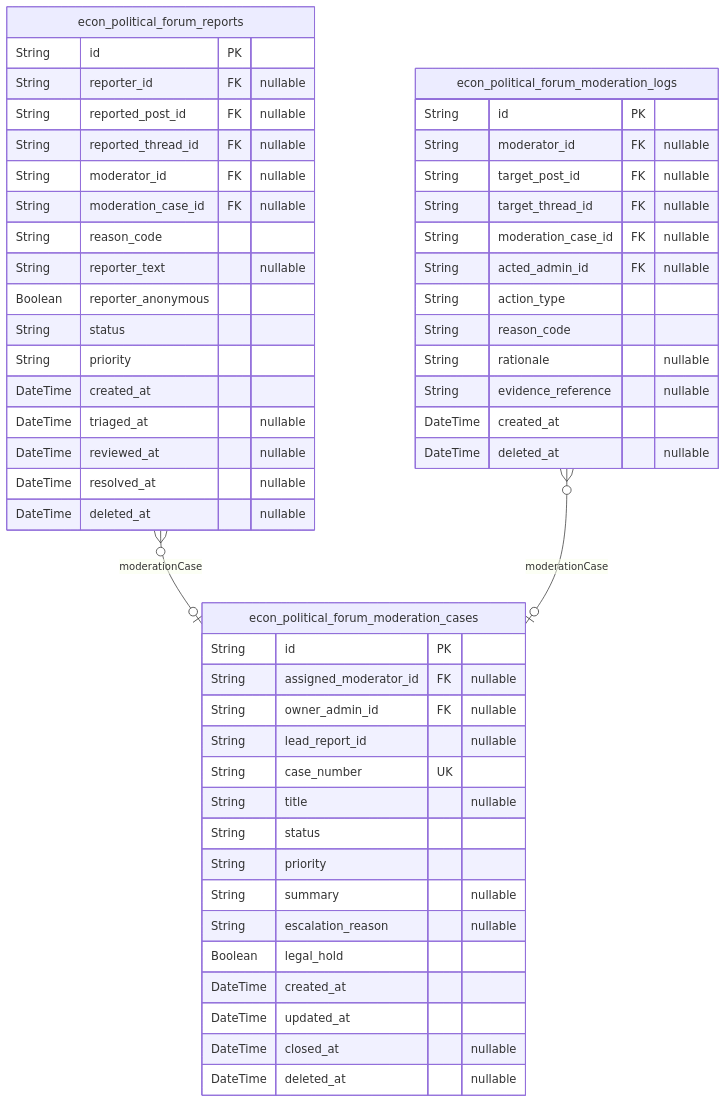
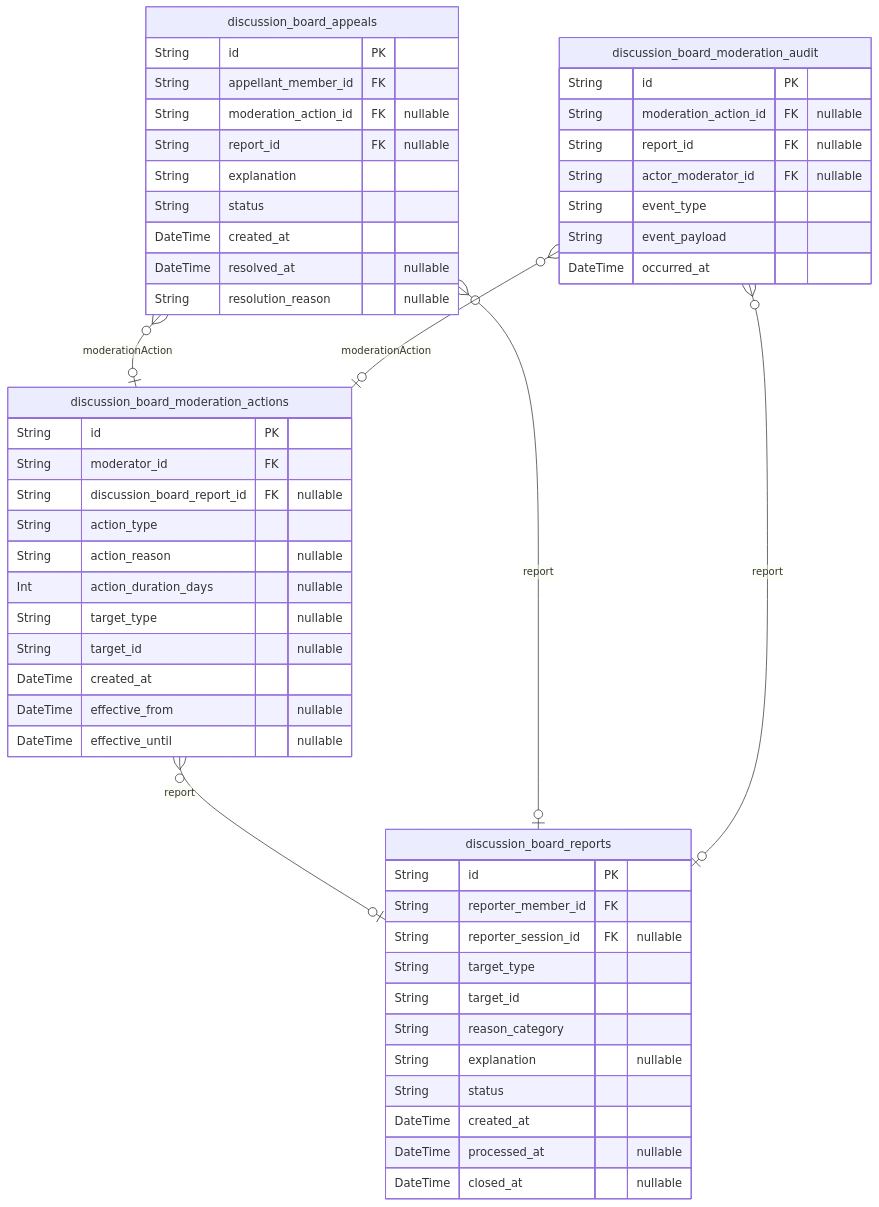
The fifth of 7 diagrams in openai/gpt-5-mini/bbs/docs/ERD.md (wrtnlabs/autobe-examples), drawn with Mermaid before and after one commit. The commit also changed other lines of this file and 16146 other files, not shown here.

````diff
--- a/openai/gpt-5-mini/bbs/docs/ERD.md
+++ b/openai/gpt-5-mini/bbs/docs/ERD.md
@@ -620,54 +578,54 @@
 ```mermaid
 erDiagram
-"econ_political_forum_reports" {
+"discussion_board_reports" {
   String id PK
-  String reporter_id FK "nullable"
-  String reported_post_id FK "nullable"
-  String reported_thread_id FK "nullable"
-  String moderator_id FK "nullable"
-  String moderation_case_id FK "nullable"
-  String reason_code
-  String reporter_text "nullable"
-  Boolean reporter_anonymous
+  String reporter_member_id FK
+  String reporter_session_id FK "nullable"
+  String target_type
+  String target_id
+  String reason_category
+  String explanation "nullable"
   String status
-  String priority
   DateTime created_at
-  DateTime triaged_at "nullable"
-  DateTime reviewed_at "nullable"
+  DateTime processed_at "nullable"
+  DateTime closed_at "nullable"
+}
+"discussion_board_moderation_actions" {
+  String id PK
+  String moderator_id FK
+  String discussion_board_report_id FK "nullable"
+  String action_type
+  String action_reason "nullable"
+  Int action_duration_days "nullable"
+  String target_type "nullable"
+  String target_id "nullable"
+  DateTime created_at
+  DateTime effective_from "nullable"
+  DateTime effective_until "nullable"
+}
+"discussion_board_appeals" {
+  String id PK
+  String appellant_member_id FK
+  String moderation_action_id FK "nullable"
+  String report_id FK "nullable"
+  String explanation
+  String status
+  DateTime created_at
   DateTime resolved_at "nullable"
-  DateTime deleted_at "nullable"
+  String resolution_reason "nullable"
 }
-"econ_political_forum_moderation_logs" {
+"discussion_board_moderation_audit" {
   String id PK
-  String moderator_id FK "nullable"
-  String target_post_id FK "nullable"
-  String target_thread_id FK "nullable"
-  String moderation_case_id FK "nullable"
-  String acted_admin_id FK "nullable"
-  String action_type
-  String reason_code
-  String rationale "nullable"
-  String evidence_reference "nullable"
-  DateTime created_at
-  DateTime deleted_at "nullable"
+  String moderation_action_id FK "nullable"
+  String report_id FK "nullable"
+  String actor_moderator_id FK "nullable"
+  String event_type
+  String event_payload
+  DateTime occurred_at
 }
-"econ_political_forum_moderation_cases" {
-  String id PK
-  String assigned_moderator_id FK "nullable"
-  String owner_admin_id FK "nullable"
-  String lead_report_id "nullable"
-  String case_number UK
-  String title "nullable"
-  String status
-  String priority
-  String summary "nullable"
-  String escalation_reason "nullable"
-  Boolean legal_hold
-  DateTime created_at
-  DateTime updated_at
-  DateTime closed_at "nullable"
-  DateTime deleted_at "nullable"
-}
-"econ_political_forum_reports" }o--o| "econ_political_forum_moderation_cases" : moderationCase
-"econ_political_forum_moderation_logs" }o--o| "econ_political_forum_moderation_cases" : moderationCase
+"discussion_board_moderation_actions" }o--o| "discussion_board_reports" : report
+"discussion_board_appeals" }o--o| "discussion_board_moderation_actions" : moderationAction
+"discussion_board_appeals" }o--o| "discussion_board_reports" : report
+"discussion_board_moderation_audit" }o--o| "discussion_board_moderation_actions" : moderationAction
+"discussion_board_moderation_audit" }o--o| "discussion_board_reports" : report
 ```
````
